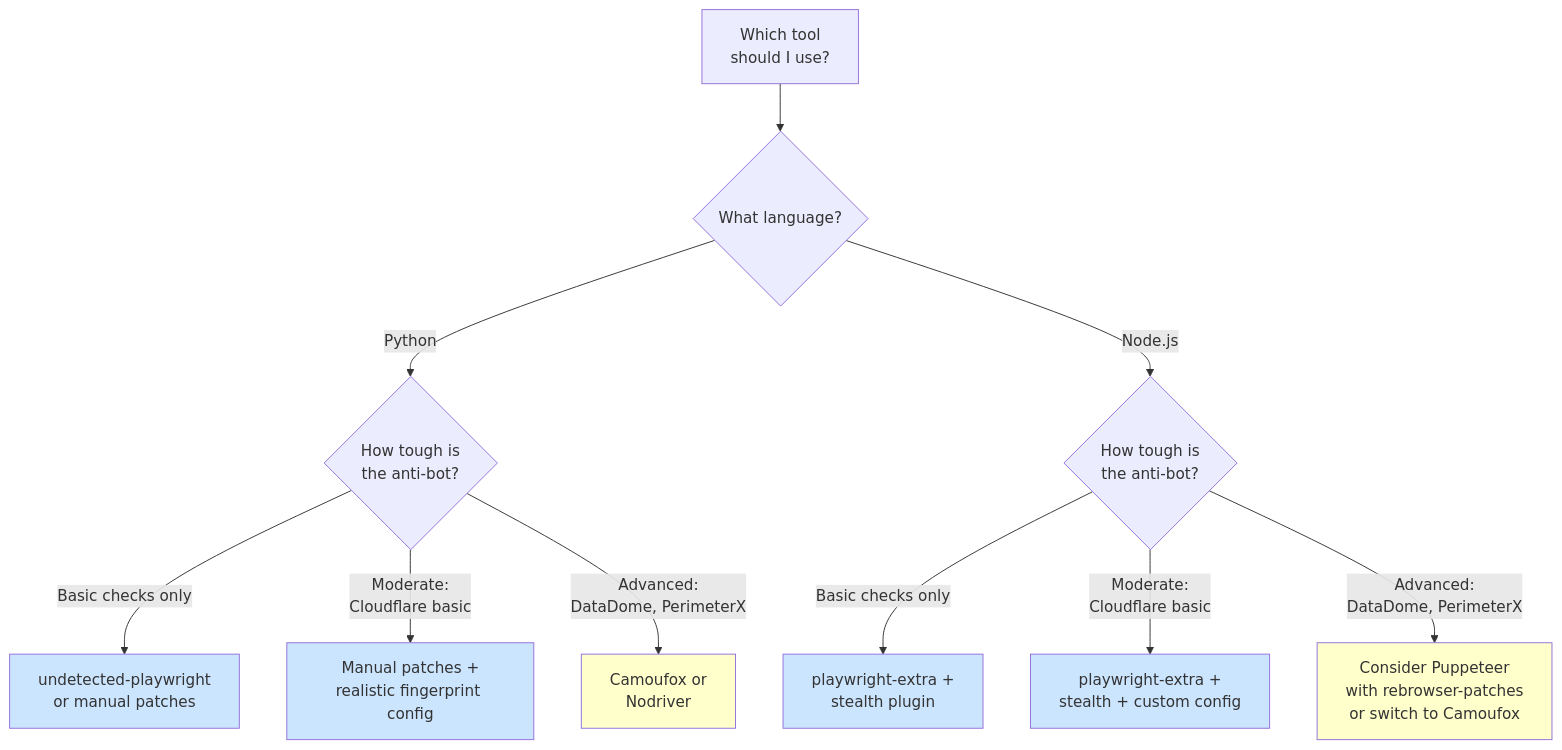
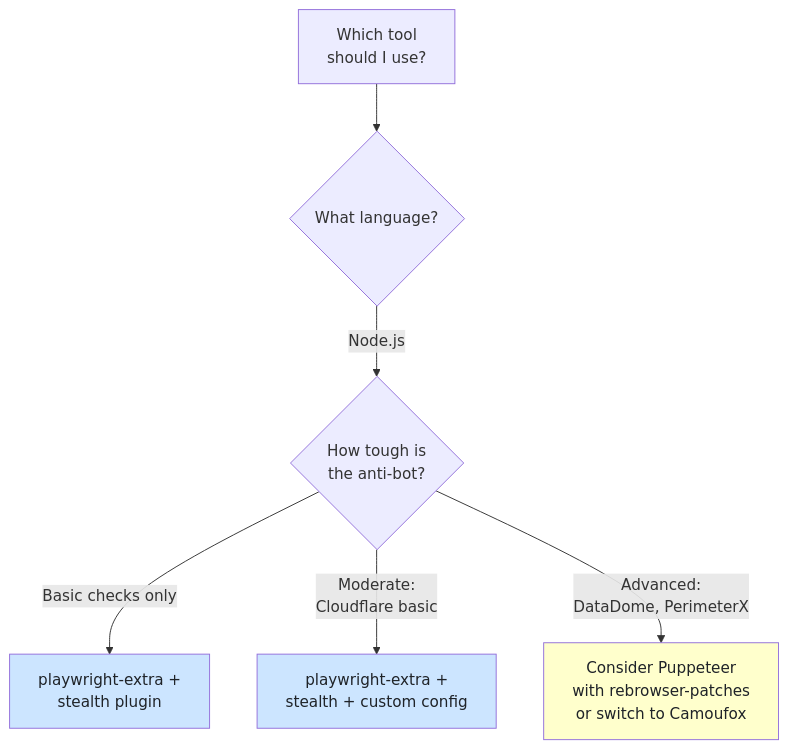
The fourth of 4 diagrams in _posts/2026-02-16-undetected-playwright-vs-playwright-stealth-which-plugin.md (bytetunnels/bytetunnels.github.com), drawn with Mermaid before and after one commit. The commit also changed other lines of this file and 118 other files, not shown here.

Commit message:
feat: improve diagram styling and compact wide flowcharts

````diff
--- a/_posts/2026-02-16-undetected-playwright-vs-playwright-stealth-which-plugin.md
+++ b/_posts/2026-02-16-undetected-playwright-vs-playwright-stealth-which-plugin.md
@@ -457,21 +471,13 @@
 ```mermaid
 graph TD
-    A[Which tool<br>should I use?] --> B{What language?}
-    B -->|Python| C{How tough is<br>the anti-bot?}
-    B -->|Node.js| D{How tough is<br>the anti-bot?}
+    A["Which tool<br/>should I use?"] --> B{What language?}
+    B -->|Node.js| D{"How tough is<br/>the anti-bot?"}
 
-    C -->|Basic checks only| E["undetected-playwright<br>or manual patches"]
-    C -->|Moderate:<br>Cloudflare basic| F["Manual patches +<br>realistic fingerprint config"]
-    C -->|Advanced:<br>DataDome, PerimeterX| G["Camoufox or<br>Nodriver"]
+    D -->|Basic checks only| H["playwright-extra +<br/>stealth plugin"]
+    D -->|Moderate:<br>Cloudflare basic| I["playwright-extra +<br/>stealth + custom config"]
+    D -->|Advanced:<br>DataDome, PerimeterX| J["Consider Puppeteer<br/>with rebrowser-patches<br/>or switch to Camoufox"]
 
-    D -->|Basic checks only| H["playwright-extra +<br>stealth plugin"]
-    D -->|Moderate:<br>Cloudflare basic| I["playwright-extra +<br>stealth + custom config"]
-    D -->|Advanced:<br>DataDome, PerimeterX| J["Consider Puppeteer<br>with rebrowser-patches<br>or switch to Camoufox"]
-
-    style E fill:#cce5ff
-    style F fill:#cce5ff
-    style G fill:#ffffcc
-    style H fill:#cce5ff
-    style I fill:#cce5ff
-    style J fill:#ffffcc
+    style H fill:#cce5ff,color:#1f2328
+    style I fill:#cce5ff,color:#1f2328
+    style J fill:#ffffcc,color:#1f2328
 ```
````
